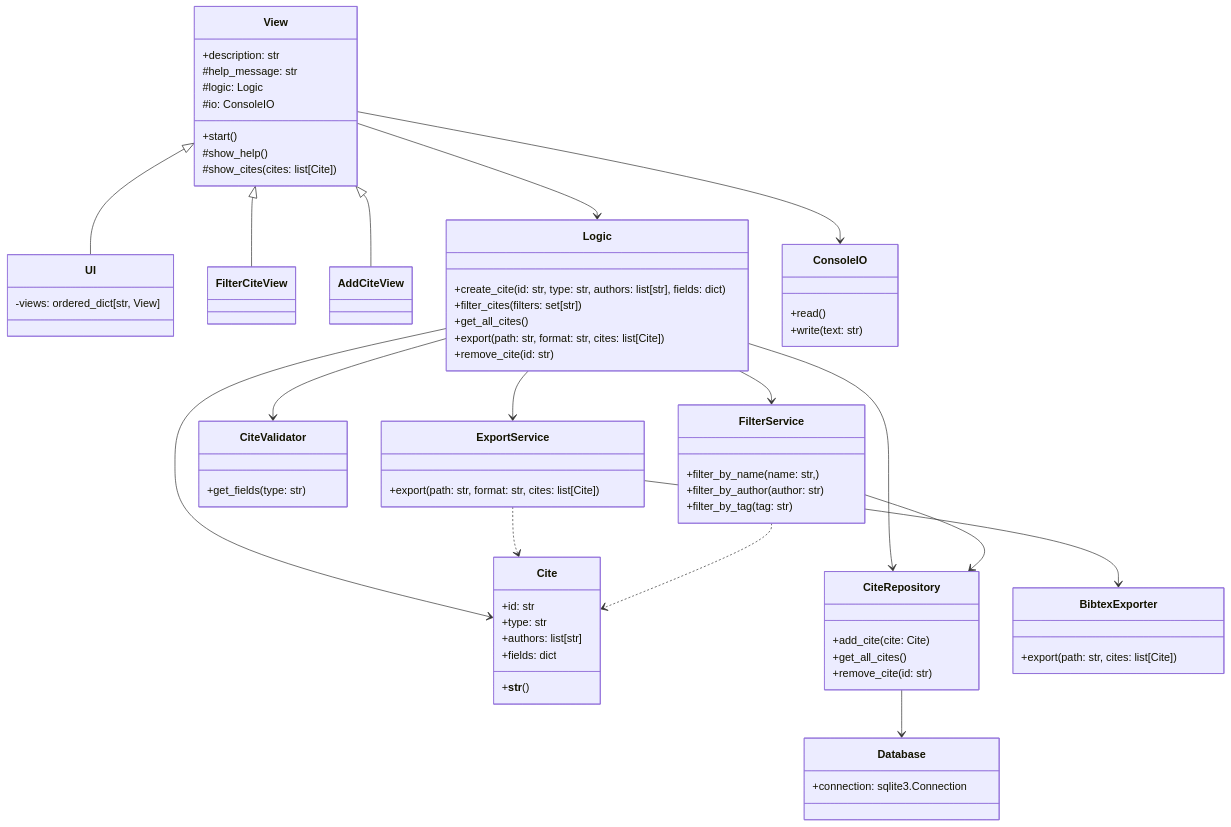
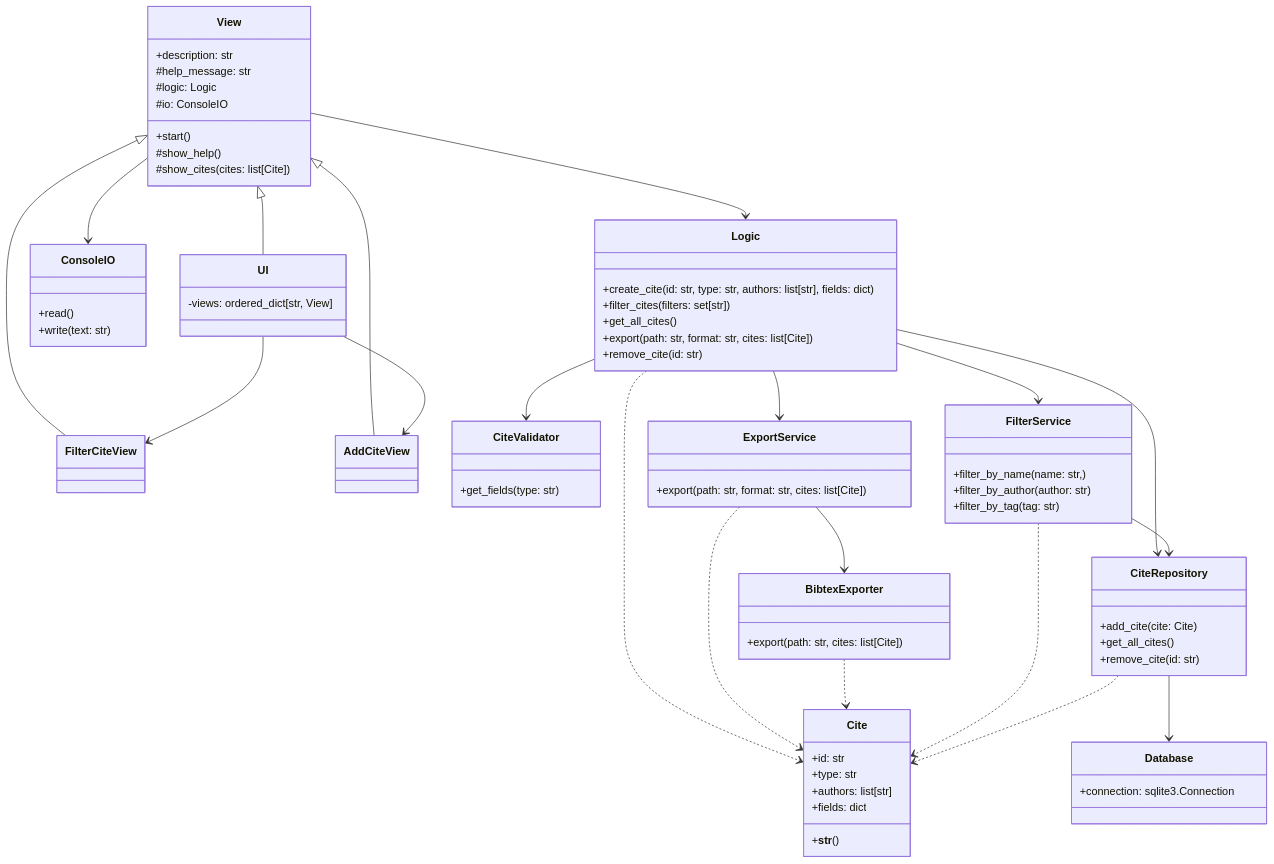
The second of 2 diagrams in docs/arkkitehtuuri.md (TheJiahao/ohtu-miniprojekti), drawn with Mermaid before and after one commit.

````diff
--- a/docs/arkkitehtuuri.md
+++ b/docs/arkkitehtuuri.md
@@ -23,25 +23,31 @@
 ```mermaid
 classDiagram
 
+View --> Logic
+View --> ConsoleIO
 View <|-- UI
 View <|-- FilterCiteView
 View <|-- AddCiteView
-View --> Logic
-View --> ConsoleIO
 
-Logic --> Cite
+UI --> FilterCiteView
+UI --> AddCiteView
+
+Logic --> CiteValidator
+Logic ..> Cite
 Logic --> CiteRepository
+Logic --> FilterService
 Logic --> ExportService
-Logic --> CiteValidator
-Logic --> FilterService
 
 ExportService --> BibtexExporter
 ExportService ..> Cite
+
+BibtexExporter ..> Cite
 
 FilterService --> CiteRepository
 FilterService ..> Cite
 
 CiteRepository --> Database
+CiteRepository ..> Cite
 
 class ConsoleIO {
     +read()
````
